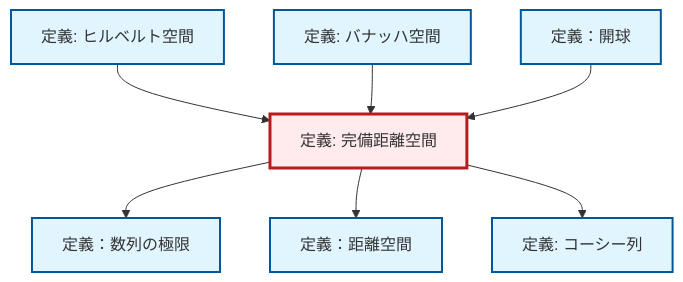
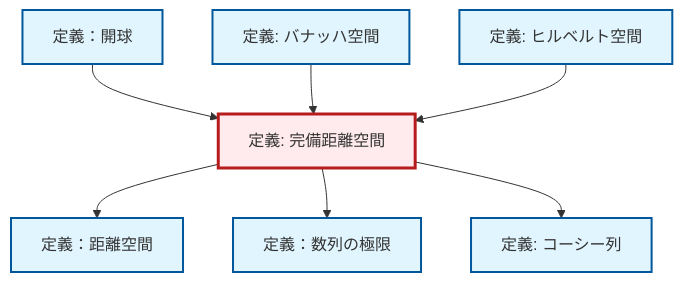
Before and after one commit to RK0429/ModernMath: the diagram in content/ja/analysis/def-complete-metric-space.qmd, drawn with Mermaid. The commit also changed other lines of this file and 1012 other files, not shown here.

````diff
--- a/content/ja/analysis/def-complete-metric-space.qmd
+++ b/content/ja/analysis/def-complete-metric-space.qmd
@@ -54,29 +54,29 @@
 ```{mermaid}
 %%| fig-cap: "Local dependency graph"
 graph TD
     classDef definition fill:#e1f5fe,stroke:#01579b,stroke-width:2px
     classDef theorem fill:#f3e5f5,stroke:#4a148c,stroke-width:2px
     classDef axiom fill:#fff3e0,stroke:#e65100,stroke-width:2px
     classDef example fill:#e8f5e9,stroke:#1b5e20,stroke-width:2px
     classDef current fill:#ffebee,stroke:#b71c1c,stroke-width:3px
+    def-limit["定義：数列の極限"]:::definition
     def-banach-space["定義: バナッハ空間"]:::definition
-    def-limit["定義：数列の極限"]:::definition
-    def-cauchy-sequence["定義: コーシー列"]:::definition
+    def-open-ball["定義：開球"]:::definition
+    def-hilbert-space["定義: ヒルベルト空間"]:::definition
     def-complete-metric-space["定義: 完備距離空間"]:::definition
     def-metric-space["定義：距離空間"]:::definition
-    def-hilbert-space["定義: ヒルベルト空間"]:::definition
-    def-open-ball["定義：開球"]:::definition
+    def-cauchy-sequence["定義: コーシー列"]:::definition
+    def-complete-metric-space --> def-metric-space
+    def-open-ball --> def-complete-metric-space
     def-complete-metric-space --> def-limit
-    def-complete-metric-space --> def-metric-space
-    def-hilbert-space --> def-complete-metric-space
     def-complete-metric-space --> def-cauchy-sequence
     def-banach-space --> def-complete-metric-space
-    def-open-ball --> def-complete-metric-space
+    def-hilbert-space --> def-complete-metric-space
     class def-complete-metric-space current
+    click def-limit "def-limit.html" "定義：数列の極限へ"
     click def-banach-space "def-banach-space.html" "バナッハ空間の定義へ"
-    click def-limit "def-limit.html" "定義：数列の極限へ"
+    click def-open-ball "def-open-ball.html" "定義：開球へ"
+    click def-hilbert-space "def-hilbert-space.html" "ヒルベルト空間の定義へ"
+    click def-metric-space "def-metric-space.html" "定義：距離空間へ"
     click def-cauchy-sequence "def-cauchy-sequence.html" "コーシー列の定義へ"
-    click def-metric-space "def-metric-space.html" "定義：距離空間へ"
-    click def-hilbert-space "def-hilbert-space.html" "ヒルベルト空間の定義へ"
-    click def-open-ball "def-open-ball.html" "定義：開球へ"
 ```
````
